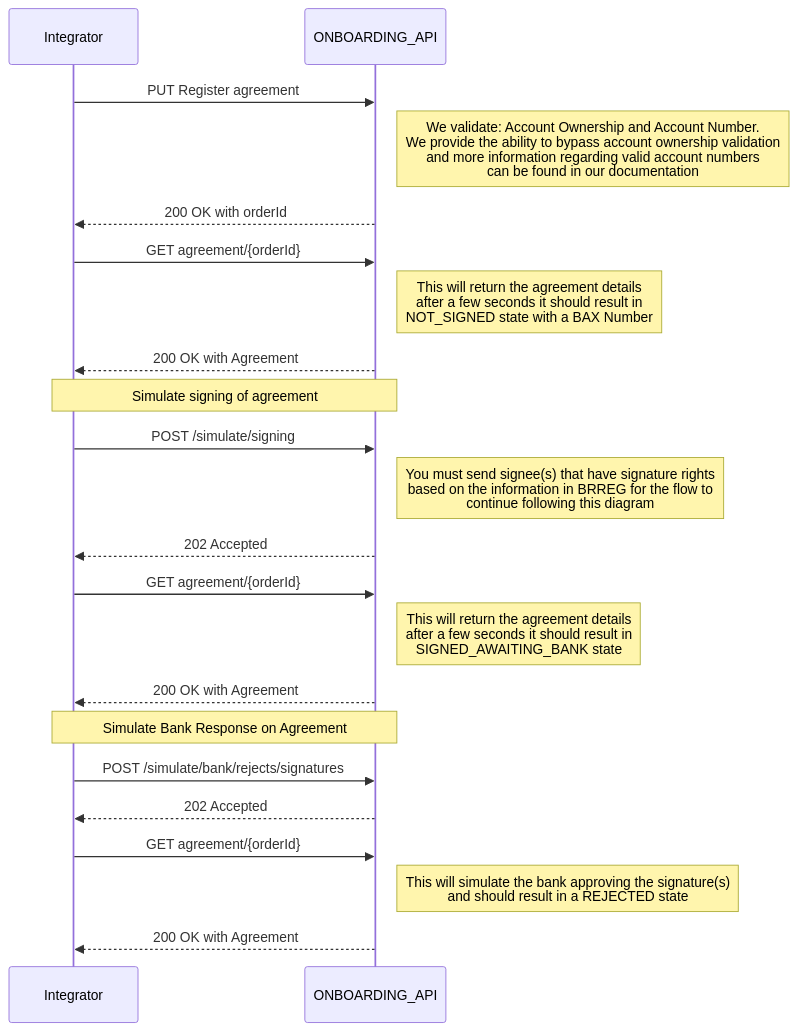
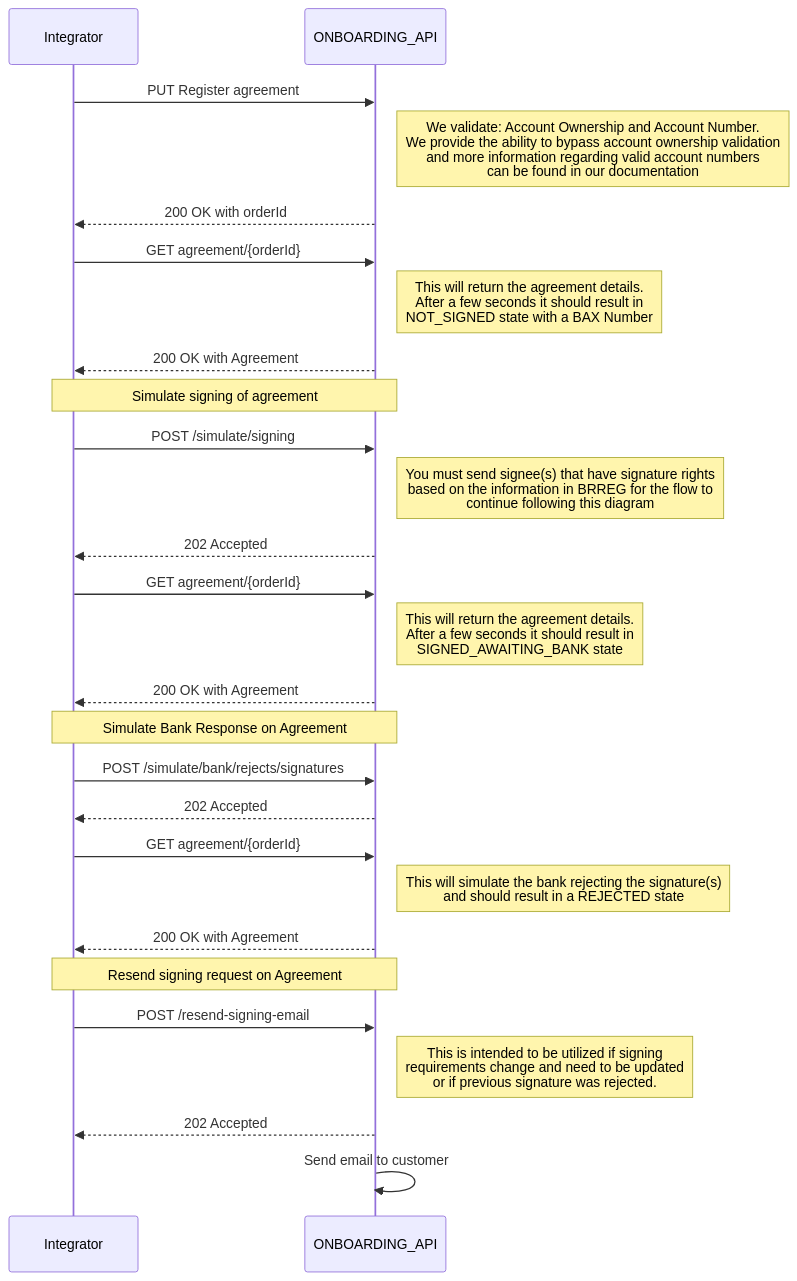
One commit to BankAxept/bankaxept-onboarding-external-documentation changed the fifth of 5 diagrams in docs/getting_started.md. Above: the diagram before and after it, drawn with Mermaid. The commit also changed other lines of this file, not shown here.

````diff
--- a/docs/getting_started.md
+++ b/docs/getting_started.md
@@ -121,29 +121,36 @@
 ```mermaid
 sequenceDiagram
 participant I as Integrator
 participant O as ONBOARDING_API
 
 I ->> O: PUT Register agreement
 note right of O: We validate: Account Ownership and Account Number. <br/> We provide the ability to bypass account ownership validation <br/> and more information regarding valid account numbers <br/> can be found in our documentation
 O -->> I: 200 OK with orderId
 
 I ->> O: GET agreement/{orderId}
-note right of O: This will return the agreement details <br/> after a few seconds it should result in <br/> NOT_SIGNED state with a BAX Number
+note right of O: This will return the agreement details. <br/> After a few seconds it should result in <br/> NOT_SIGNED state with a BAX Number
 O -->> I: 200 OK with Agreement
 note over I, O: Simulate signing of agreement
 I ->> O: POST /simulate/signing
 note right of O: You must send signee(s) that have signature rights <br/> based on the information in BRREG for the flow to <br/> continue following this diagram
 O -->> I: 202 Accepted
 I ->> O: GET agreement/{orderId}
-note right of O: This will return the agreement details <br/> after a few seconds it should result in <br/> SIGNED_AWAITING_BANK state
+note right of O: This will return the agreement details. <br/> After a few seconds it should result in <br/> SIGNED_AWAITING_BANK state
 O -->> I: 200 OK with Agreement
 
 note over I, O: Simulate Bank Response on Agreement
 
 I ->> O: POST /simulate/bank/rejects/signatures
 
 O -->> I: 202 Accepted
 I ->> O: GET agreement/{orderId}
-note right of O: This will simulate the bank approving the signature(s) <br/> and should result in a REJECTED state
+note right of O: This will simulate the bank rejecting the signature(s) <br/> and should result in a REJECTED state
 O -->> I: 200 OK with Agreement
+
+note over I, O: Resend signing request on Agreement
+I ->> O: POST /resend-signing-email
+note right of O: This is intended to be utilized if signing <br/> requirements change and need to be updated <br/> or if previous signature was rejected.
+
+O -->> I: 202 Accepted
+O ->> O: Send email to customer
 ```
````
